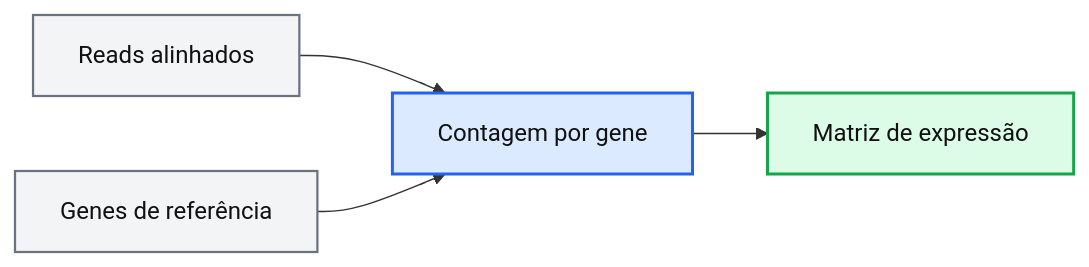
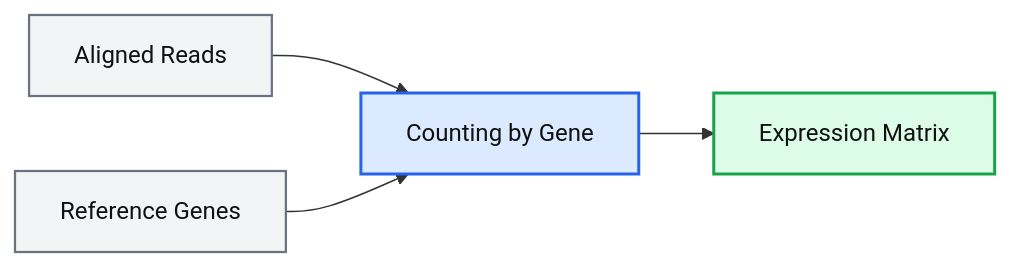
Before and after one commit to Simoes-Costa-Lab/genomics-course-usp2026: the diagram in rnaseq/theory.md, drawn with Mermaid. The commit also changed other lines of this file and 11 other files, not shown here.

````diff
--- a/rnaseq/theory.md
+++ b/rnaseq/theory.md
@@ -324,20 +321,20 @@
 ```mermaid
 flowchart LR
 
-    A[Reads alinhados]
-    B[Genes de referência]
-    C[Contagem por gene]
-    D[Matriz de expressão]
+    A[Aligned Reads]
+    B[Reference Genes]
+    C[Counting by Gene]
+    D[Expression Matrix]
 
     A --> C
     B --> C
     C --> D
 
     classDef input fill:#f3f4f6,stroke:#6b7280,stroke-width:1.5px,color:#111;
     classDef process fill:#dbeafe,stroke:#2563eb,stroke-width:2px,color:#111;
     classDef output fill:#dcfce7,stroke:#16a34a,stroke-width:2px,color:#111;
 
     class A,B input;
     class C process;
     class D output;
 ```
````
